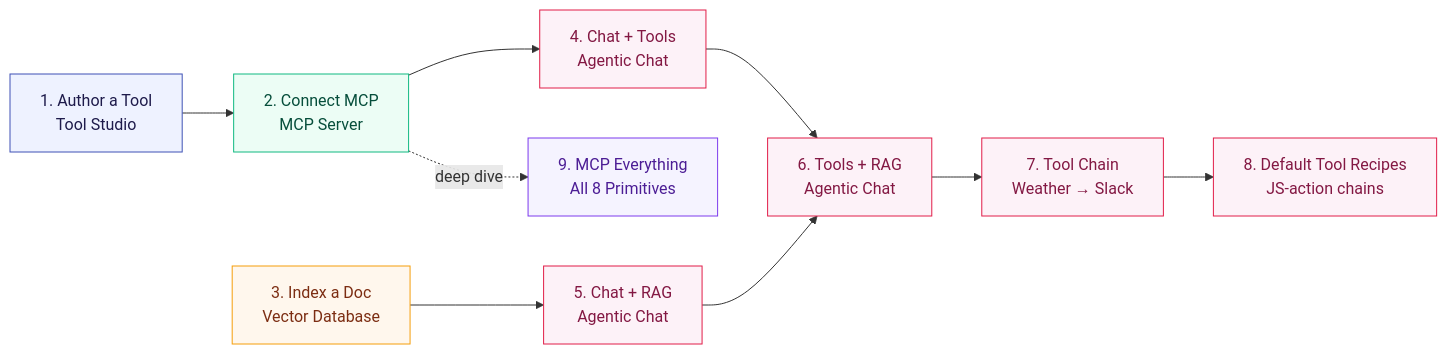
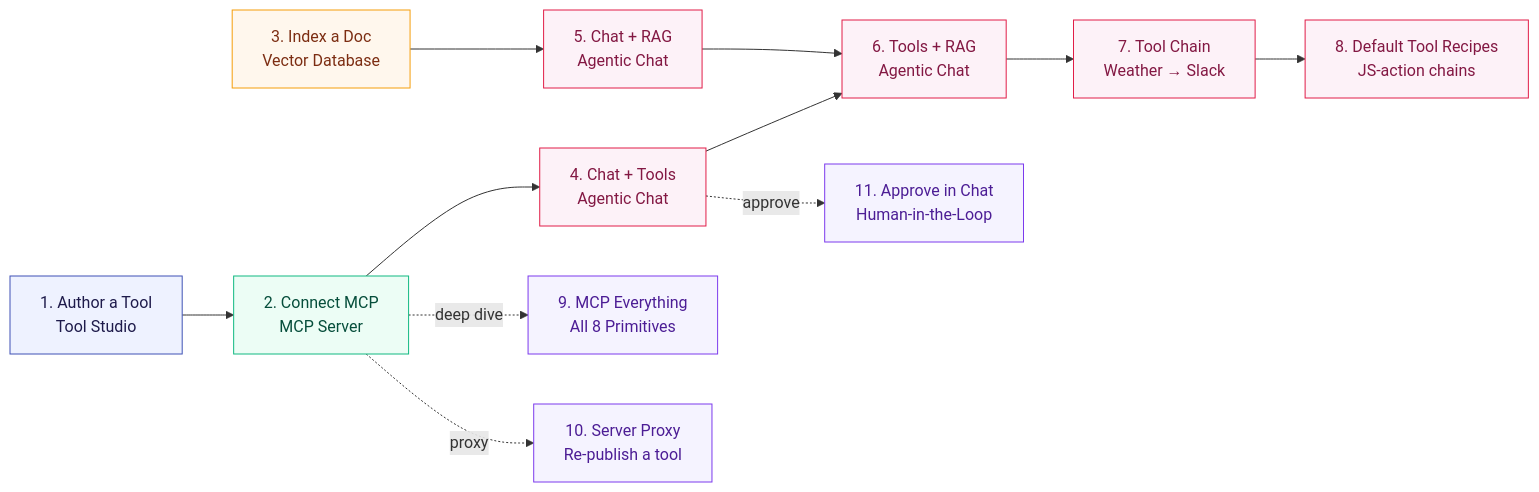
One commit to spring-ai-community/spring-ai-playground changed the diagram in docs/tutorials/index.md. Above: the diagram before and after it, drawn with Mermaid. The commit also changed other lines of this file and 55 other files, not shown here.

Commit message:
docs: add human-in-the-loop pages, refresh architecture and catalog docs, document setup-time preset and exposure drawer

````diff
--- a/docs/tutorials/index.md
+++ b/docs/tutorials/index.md
@@ -11,30 +11,34 @@
 ```mermaid
 flowchart LR
   T1["1. Author a Tool<br/>Tool Studio"]
   T2["2. Connect MCP<br/>MCP Server"]
   T3["3. Index a Doc<br/>Vector Database"]
   T4["4. Chat + Tools<br/>Agentic Chat"]
   T5["5. Chat + RAG<br/>Agentic Chat"]
   T6["6. Tools + RAG<br/>Agentic Chat"]
   T7["7. Tool Chain<br/>Weather → Slack"]
   T8["8. Default Tool Recipes<br/>JS-action chains"]
   T9["9. MCP Everything<br/>All 8 Primitives"]
+  T10["10. Server Proxy<br/>Re-publish a tool"]
+  T11["11. Approve in Chat<br/>Human-in-the-Loop"]
   T1 --> T2
   T2 --> T4
   T3 --> T5
   T4 --> T6
   T5 --> T6
   T6 --> T7
   T7 --> T8
   T2 -. deep dive .-> T9
+  T2 -. proxy .-> T10
+  T4 -. approve .-> T11
   classDef build fill:#eef2ff,stroke:#3F51B5,color:#1e1b4b
   classDef validate fill:#ecfdf5,stroke:#10b981,color:#064e3b
   classDef ground fill:#fff7ed,stroke:#f59e0b,color:#7c2d12
   classDef compose fill:#fdf2f8,stroke:#e11d48,color:#831843
   classDef bonus fill:#f5f3ff,stroke:#7c3aed,color:#4c1d95
   class T1 build
   class T2 validate
   class T3 ground
   class T4,T5,T6,T7,T8 compose
-  class T9 bonus
+  class T9,T10,T11 bonus
 ```
````
